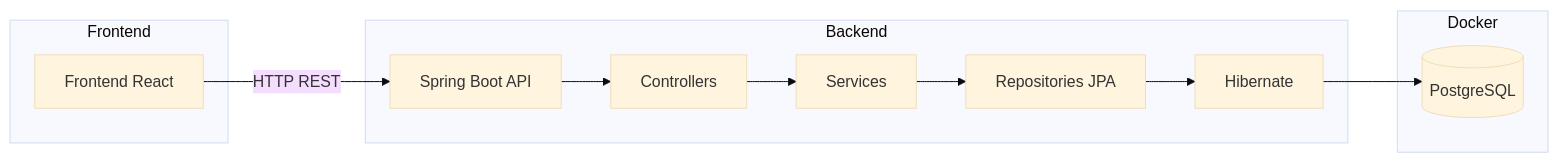
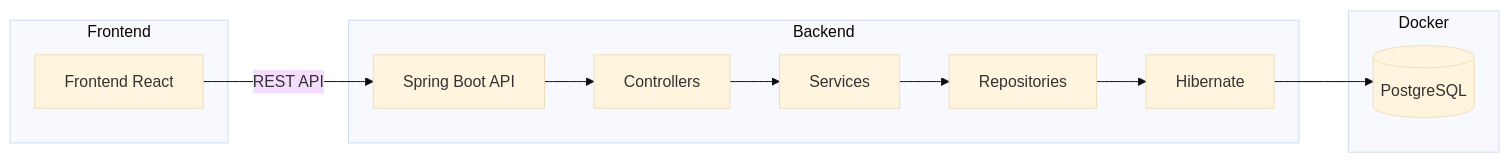
Before and after one commit to Nahuellunacab/protecciones-trazabilidad: the first of 7 diagrams in README.md, drawn with Mermaid (base theme). The commit also changed other lines of this file and 5 other files, not shown here.

````diff
--- a/README.md
+++ b/README.md
@@ -77,28 +134,28 @@
 ```mermaid
 flowchart LR
 
     A[Frontend React]
-        -->|HTTP REST| B[Spring Boot API]
+        -->|REST API| B[Spring Boot API]
 
     B --> C[Controllers]
     C --> D[Services]
-    D --> E[Repositories JPA]
+    D --> E[Repositories]
     E --> F[Hibernate]
     F --> G[(PostgreSQL)]
 
     subgraph Frontend
         A
     end
 
     subgraph Backend
         B
         C
         D
         E
         F
     end
 
     subgraph Docker
         G
     end
 ```
````
